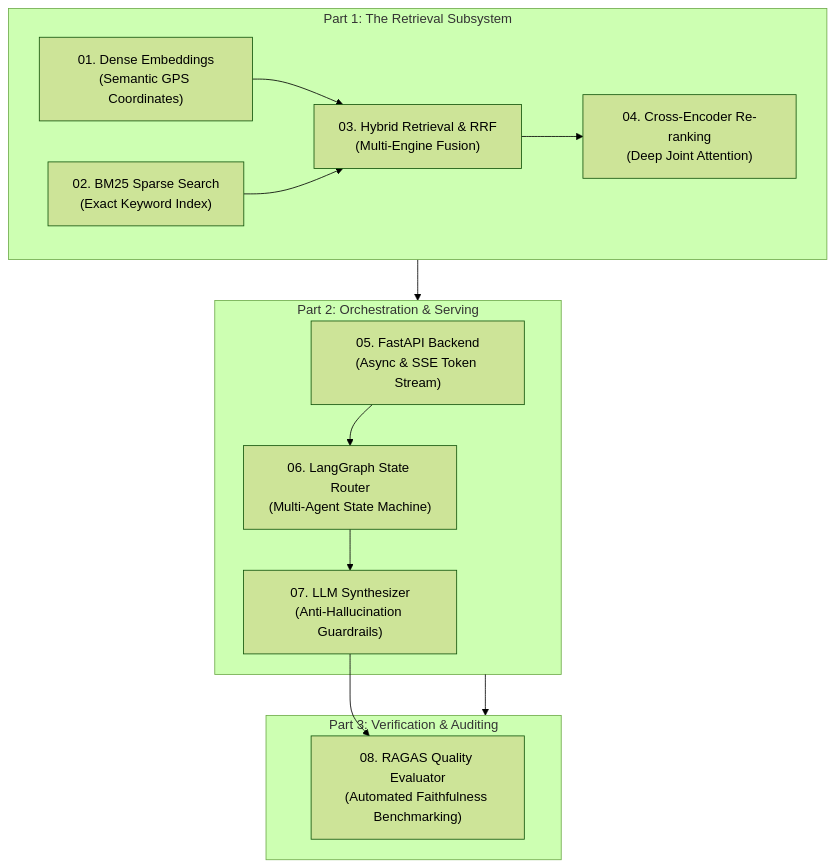
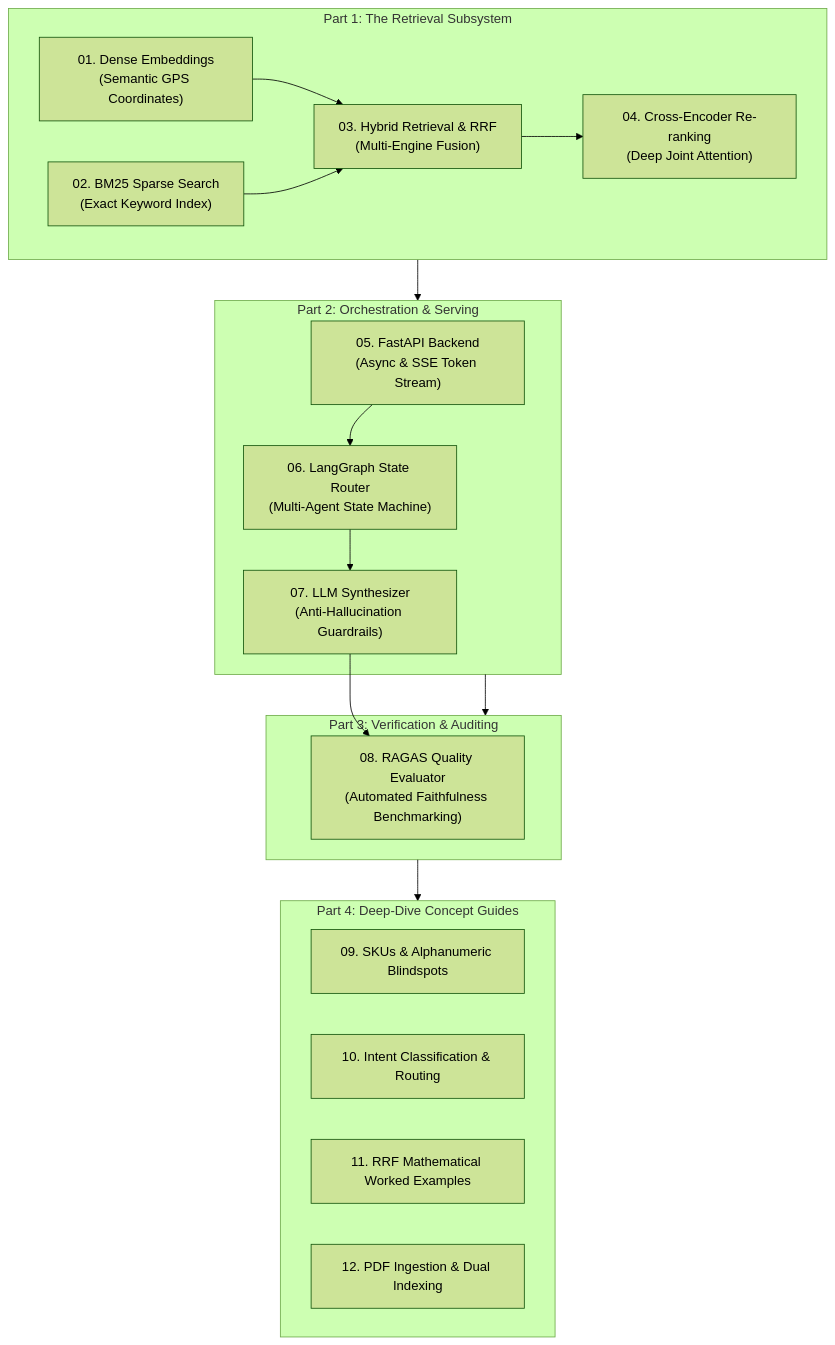
One commit to ccanishe/OmniQuery-AI changed the diagram in docs/README.md. Above: the diagram before and after it, drawn with Mermaid (forest theme). The commit also changed other lines of this file and 13 other files, not shown here.

Commit message:
feat(rag): implement Week 1 hybrid retrieval engine, ingestion pipeline, models, tests, and deep-dive learning guides

````diff
--- a/docs/README.md
+++ b/docs/README.md
@@ -9,28 +9,36 @@
 ```mermaid
 flowchart TD
     subgraph Part1 ["Part 1: The Retrieval Subsystem"]
         M1["01. Dense Embeddings<br>(Semantic GPS Coordinates)"]
         M2["02. BM25 Sparse Search<br>(Exact Keyword Index)"]
         M3["03. Hybrid Retrieval & RRF<br>(Multi-Engine Fusion)"]
         M4["04. Cross-Encoder Re-ranking<br>(Deep Joint Attention)"]
         M1 --> M3
         M2 --> M3
         M3 --> M4
     end
 
     subgraph Part2 ["Part 2: Orchestration & Serving"]
         M5["05. FastAPI Backend<br>(Async & SSE Token Stream)"]
         M6["06. LangGraph State Router<br>(Multi-Agent State Machine)"]
         M7["07. LLM Synthesizer<br>(Anti-Hallucination Guardrails)"]
         M5 --> M6
         M6 --> M7
     end
 
     subgraph Part3 ["Part 3: Verification & Auditing"]
         M8["08. RAGAS Quality Evaluator<br>(Automated Faithfulness Benchmarking)"]
         M7 --> M8
     end
 
+    subgraph Part4 ["Part 4: Deep-Dive Concept Guides"]
+        M9["09. SKUs & Alphanumeric Blindspots"]
+        M10["10. Intent Classification & Routing"]
+        M11["11. RRF Mathematical Worked Examples"]
+        M12["12. PDF Ingestion & Dual Indexing"]
+    end
+
     Part1 --> Part2
     Part2 --> Part3
+    Part3 --> Part4
 ```
````
